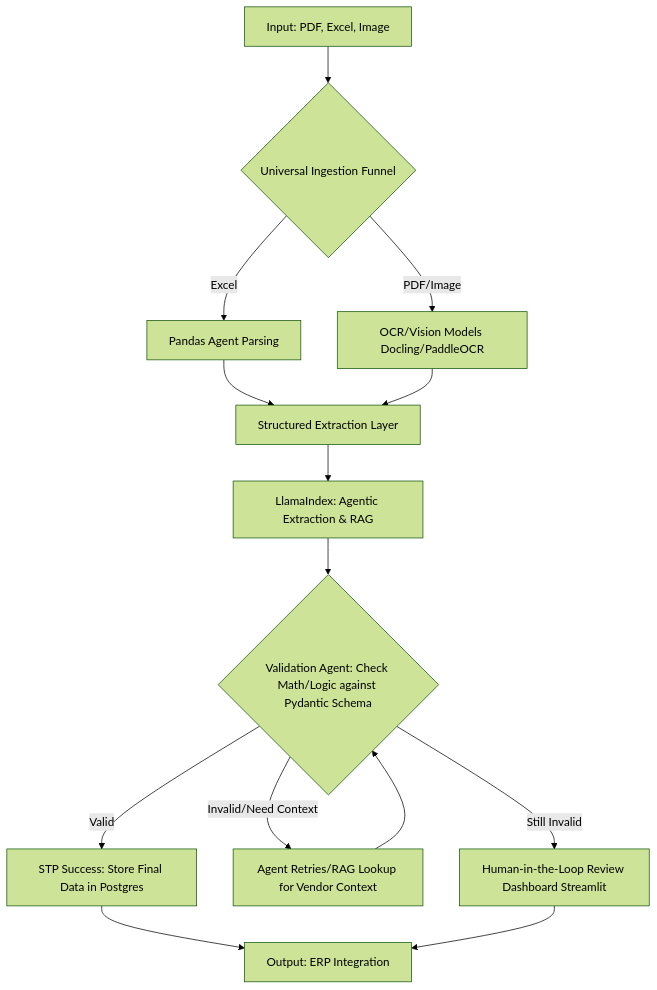
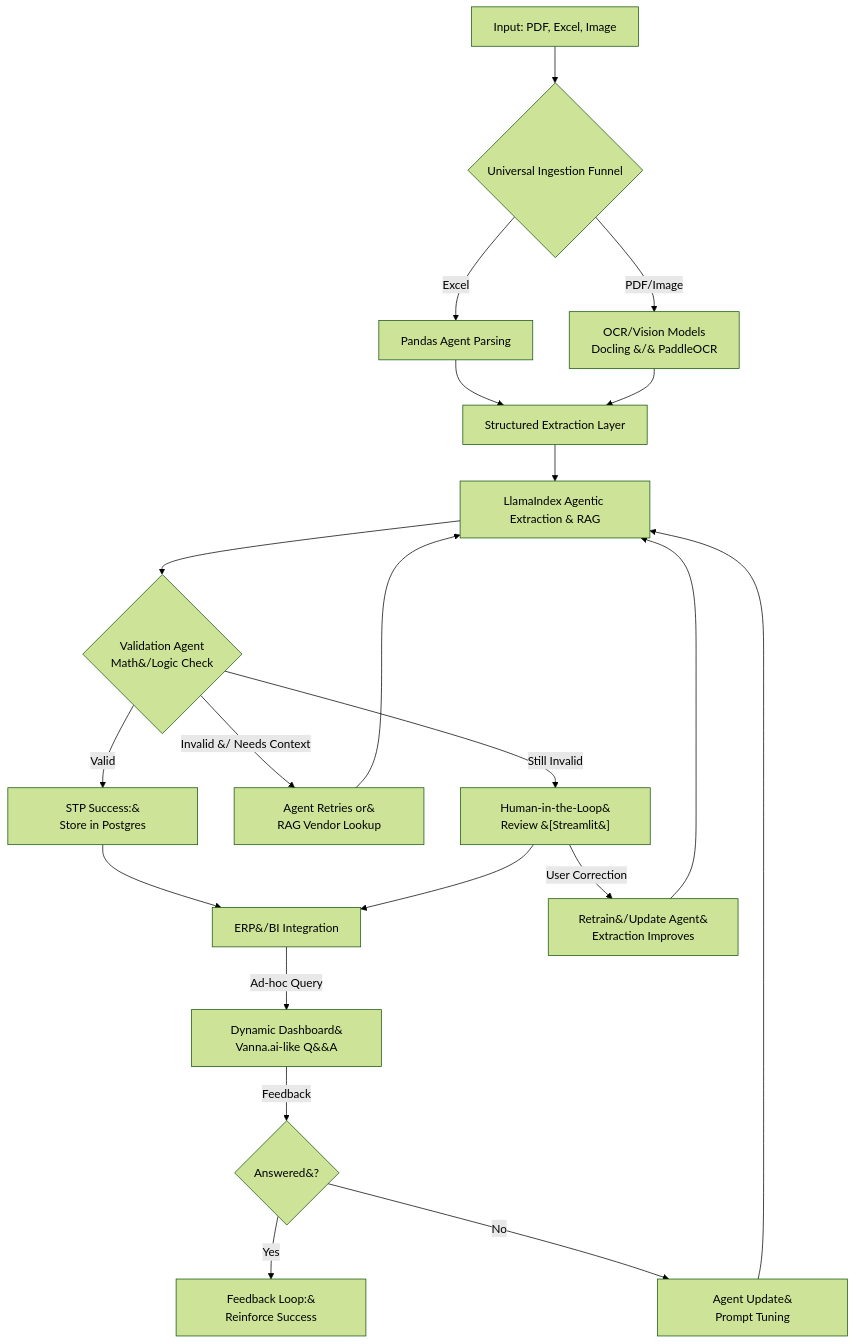
The diagram in README.md (klam55108-oss/AI-Document-Invoice-System-with-OCR), drawn with Mermaid (forest theme) before and after one commit. The commit also changed other lines of this file and 22 other files, not shown here.

`````diff
--- a/README.md
+++ b/README.md
@@ -34,16 +34,27 @@
 ````mermaid
-graph TD
-    A[Input: PDF, Excel, Image] --> B{Universal Ingestion Funnel};
-    B -->|Excel| C1[Pandas Agent Parsing];
-    B -->|PDF/Image| C2[OCR/Vision Models Docling/PaddleOCR];
-    C1 --> D[Structured Extraction Layer];
-    C2 --> D;
-    D --> E[LlamaIndex: Agentic Extraction & RAG];
-    E --> F{Validation Agent: Check Math/Logic against Pydantic Schema};
-    F -->|Valid| G[STP Success: Store Final Data in Postgres];
-    F -->|Invalid/Need Context| H[Agent Retries/RAG Lookup for Vendor Context];
-    H --> F;
-    F -->|Still Invalid| I[Human-in-the-Loop Review Dashboard Streamlit];
-    G --> J[Output: ERP Integration];
-    I --> J;
+flowchart TD
+    %% Inspired by Vanna.ai and dynamic workflow improvements
+    A[Input: PDF, Excel, Image] --> B{Universal Ingestion Funnel}
+    B -- Excel --> C1[Pandas Agent Parsing]
+    B -- PDF/Image --> C2[OCR/Vision Models<br>Docling &#47;&#32;PaddleOCR]
+    C1 --> D[Structured Extraction Layer]
+    C2 --> D
+    D --> E[LlamaIndex Agentic Extraction & RAG]
+    E --> F{Validation Agent<br>Math&#47;Logic Check}
+    F -- Valid --> G[STP Success:&#10;Store in Postgres]
+    F -- Invalid &#47; Needs Context --> H[Agent Retries or&#10;RAG Vendor Lookup]
+    H --> E
+    F -- Still Invalid --> I[Human-in-the-Loop&#10;Review &#91;Streamlit&#93;]
+    G --> J[ERP&#47;BI Integration]
+    I --> J
+
+    %% Dynamic Feedback/Learning / Vanna-style dash:
+    I -- User Correction --> K[Retrain&#47;Update Agent&#10;Extraction Improves]
+    K --> E
+
+    J -- Ad-hoc Query --> L[Dynamic Dashboard&#10;Vanna.ai-like Q&#38;A]
+    L -- Feedback --> M{Answered&#63;}
+    M -- Yes --> N[Feedback Loop:&#10;Reinforce Success]
+    M -- No --> O[Agent Update&#10;Prompt Tuning]
+    O --> E
 ````
`````
